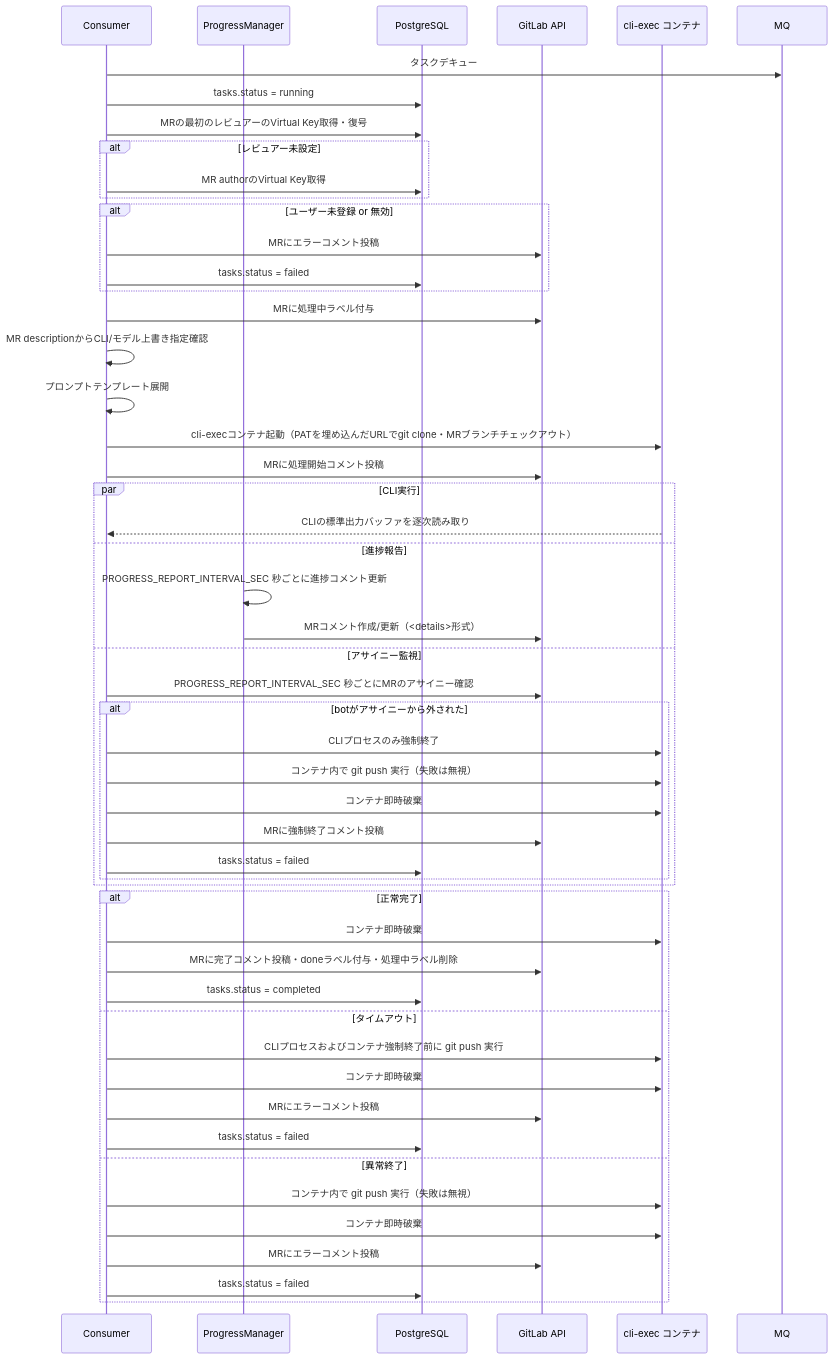
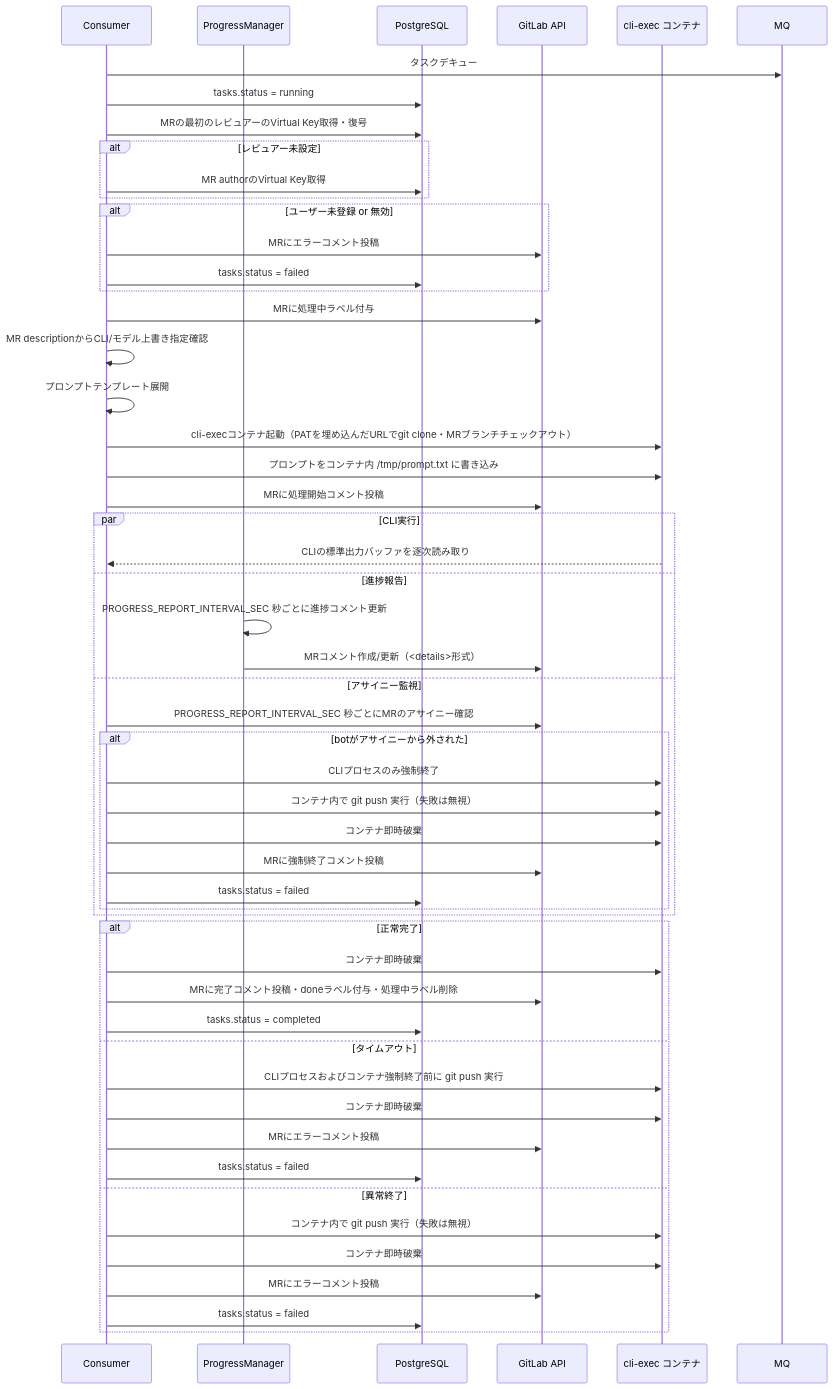
The ninth of 11 diagrams in docs/detail_design.md (notfolder/CodingAgentAutomata), drawn with Mermaid before and after one commit. The commit also changed other lines of this file and 6 other files, not shown here.

````diff
--- a/docs/detail_design.md
+++ b/docs/detail_design.md
@@ -596,54 +597,55 @@
 ```mermaid
 sequenceDiagram
     participant C as Consumer
     participant PM as ProgressManager
     participant DB as PostgreSQL
     participant GL as GitLab API
     participant CE as cli-exec コンテナ
 
     C->>MQ: タスクデキュー
     C->>DB: tasks.status = running
     C->>DB: MRの最初のレビュアーのVirtual Key取得・復号
     alt レビュアー未設定
         C->>DB: MR authorのVirtual Key取得
     end
     alt ユーザー未登録 or 無効
         C->>GL: MRにエラーコメント投稿
         C->>DB: tasks.status = failed
     end
     C->>GL: MRに処理中ラベル付与
     C->>C: MR descriptionからCLI/モデル上書き指定確認
     C->>C: プロンプトテンプレート展開
     C->>CE: cli-execコンテナ起動（PATを埋め込んだURLでgit clone・MRブランチチェックアウト）
+    C->>CE: プロンプトをコンテナ内 /tmp/prompt.txt に書き込み
     C->>GL: MRに処理開始コメント投稿
     par CLI実行
         CE-->>C: CLIの標準出力バッファを逐次読み取り
     and 進捗報告
         PM->>PM: PROGRESS_REPORT_INTERVAL_SEC 秒ごとに進捗コメント更新
         PM->>GL: MRコメント作成/更新（<details>形式）
     and アサイニー監視
         C->>GL: PROGRESS_REPORT_INTERVAL_SEC 秒ごとにMRのアサイニー確認
         alt botがアサイニーから外された
             C->>CE: CLIプロセスのみ強制終了
             C->>CE: コンテナ内で git push 実行（失敗は無視）
             C->>CE: コンテナ即時破棄
             C->>GL: MRに強制終了コメント投稿
             C->>DB: tasks.status = failed
         end
     end
     alt 正常完了
         C->>CE: コンテナ即時破棄
         C->>GL: MRに完了コメント投稿・doneラベル付与・処理中ラベル削除
         C->>DB: tasks.status = completed
     else タイムアウト
         C->>CE: CLIプロセスおよびコンテナ強制終了前に git push 実行
         C->>CE: コンテナ即時破棄
         C->>GL: MRにエラーコメント投稿
         C->>DB: tasks.status = failed
     else 異常終了
         C->>CE: コンテナ内で git push 実行（失敗は無視）
         C->>CE: コンテナ即時破棄
         C->>GL: MRにエラーコメント投稿
         C->>DB: tasks.status = failed
     end
 ```
````
